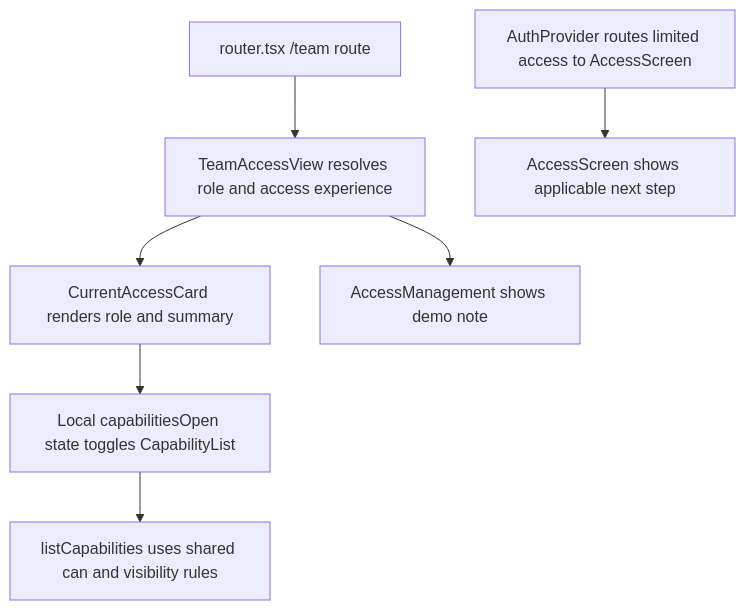
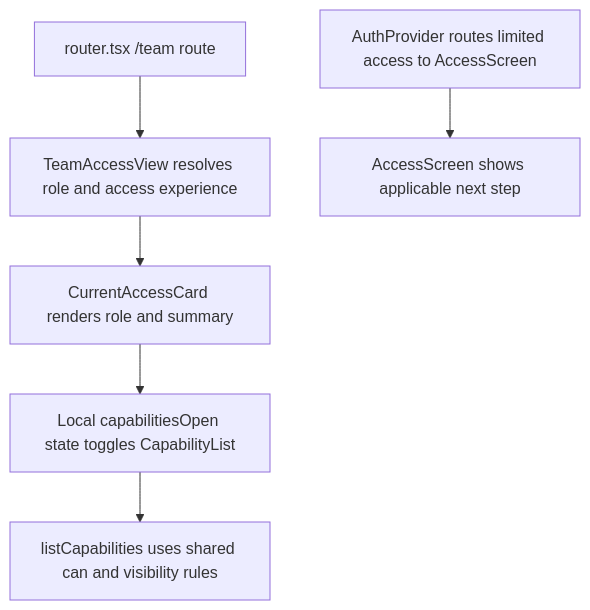
One commit to Kevinjohn/capacitylens changed the second of 2 diagrams in user-stories/team/US-TEAM-01-check-access.md. Above: the diagram before and after it, drawn with Mermaid. The commit also changed other lines of this file and 343 other files, not shown here.

````diff
--- a/user-stories/team/US-TEAM-01-check-access.md
+++ b/user-stories/team/US-TEAM-01-check-access.md
@@ -32,9 +31,8 @@
 ```mermaid
 flowchart TD
     Route["router.tsx /team route"] --> View["TeamAccessView resolves role and access experience"]
     View --> Card["CurrentAccessCard renders role and summary"]
     Card --> Toggle["Local capabilitiesOpen state toggles CapabilityList"]
     Toggle --> Capabilities["listCapabilities uses shared can and visibility rules"]
-    View --> Demo["AccessManagement shows demo note"]
     Auth["AuthProvider routes limited access to AccessScreen"] --> Limited["AccessScreen shows applicable next step"]
 ```
````
